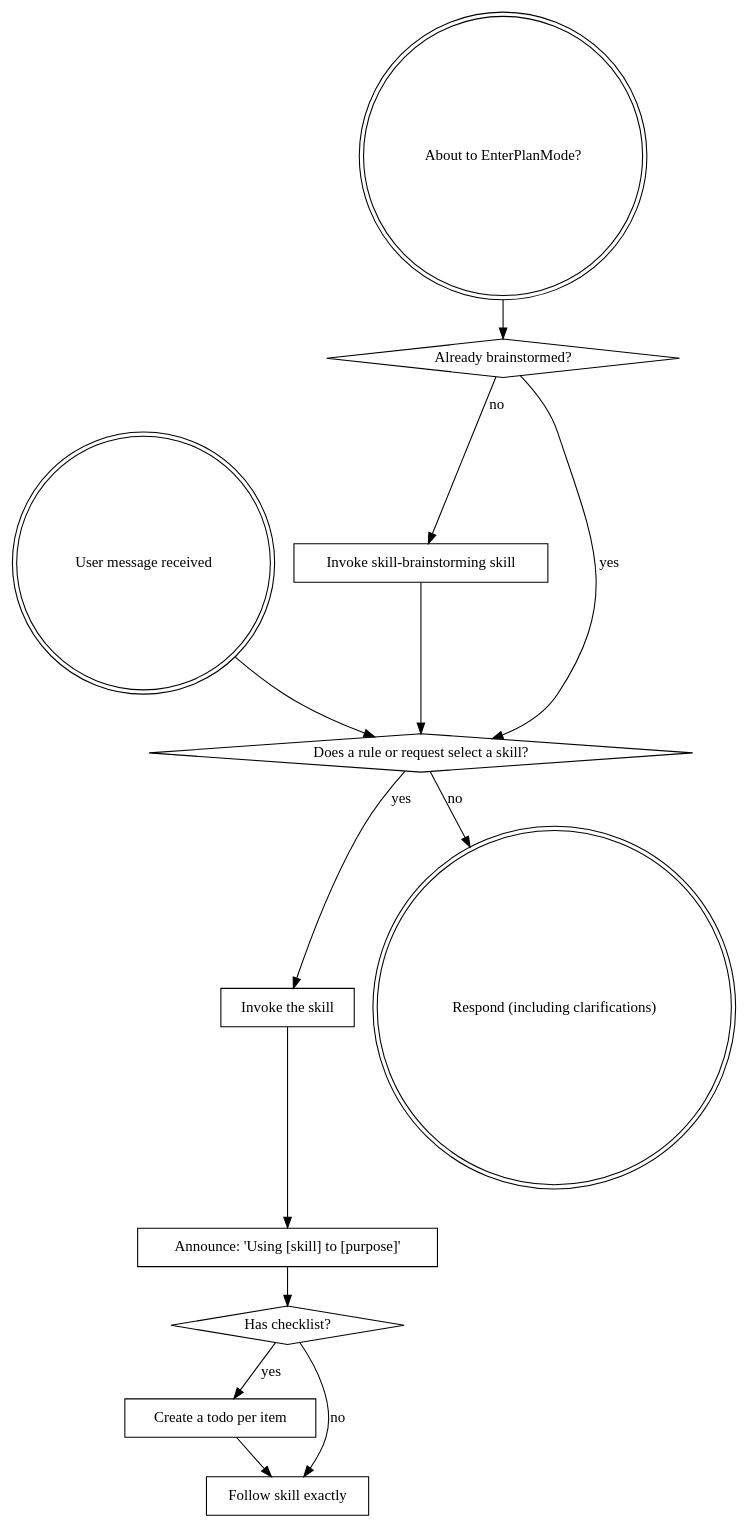
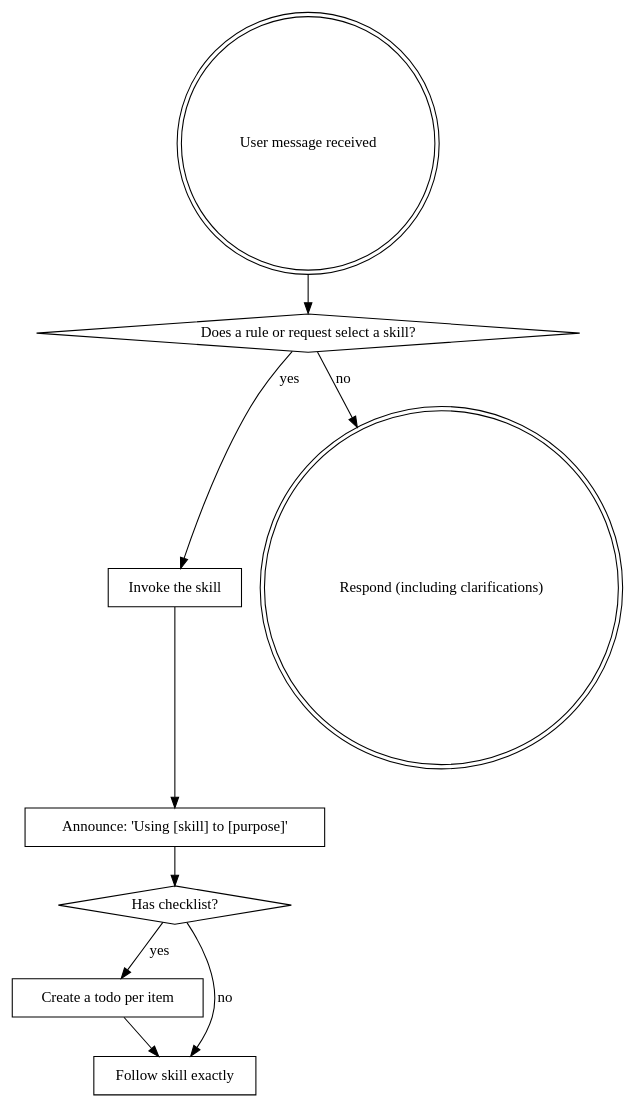
Before and after one commit to longdang193/fitcv: the diagram in .agents/skills/skill-using-superpowers/SKILL.md, drawn with Graphviz. The commit also changed other lines of this file and 23 other files, not shown here.

````diff
--- a/.agents/skills/skill-using-superpowers/SKILL.md
+++ b/.agents/skills/skill-using-superpowers/SKILL.md
@@ -44,29 +44,21 @@
 ```dot
 digraph skill_flow {
     "User message received" [shape=doublecircle];
-    "About to EnterPlanMode?" [shape=doublecircle];
-    "Already brainstormed?" [shape=diamond];
-    "Invoke skill-brainstorming skill" [shape=box];
     "Does a rule or request select a skill?" [shape=diamond];
     "Invoke the skill" [shape=box];
     "Announce: 'Using [skill] to [purpose]'" [shape=box];
     "Has checklist?" [shape=diamond];
     "Create a todo per item" [shape=box];
     "Follow skill exactly" [shape=box];
     "Respond (including clarifications)" [shape=doublecircle];
-
-    "About to EnterPlanMode?" -> "Already brainstormed?";
-    "Already brainstormed?" -> "Invoke skill-brainstorming skill" [label="no"];
-    "Already brainstormed?" -> "Does a rule or request select a skill?" [label="yes"];
-    "Invoke skill-brainstorming skill" -> "Does a rule or request select a skill?";
 
     "User message received" -> "Does a rule or request select a skill?";
     "Does a rule or request select a skill?" -> "Invoke the skill" [label="yes"];
     "Does a rule or request select a skill?" -> "Respond (including clarifications)" [label="no"];
     "Invoke the skill" -> "Announce: 'Using [skill] to [purpose]'";
     "Announce: 'Using [skill] to [purpose]'" -> "Has checklist?";
     "Has checklist?" -> "Create a todo per item" [label="yes"];
     "Has checklist?" -> "Follow skill exactly" [label="no"];
     "Create a todo per item" -> "Follow skill exactly";
 }
 ```
````
